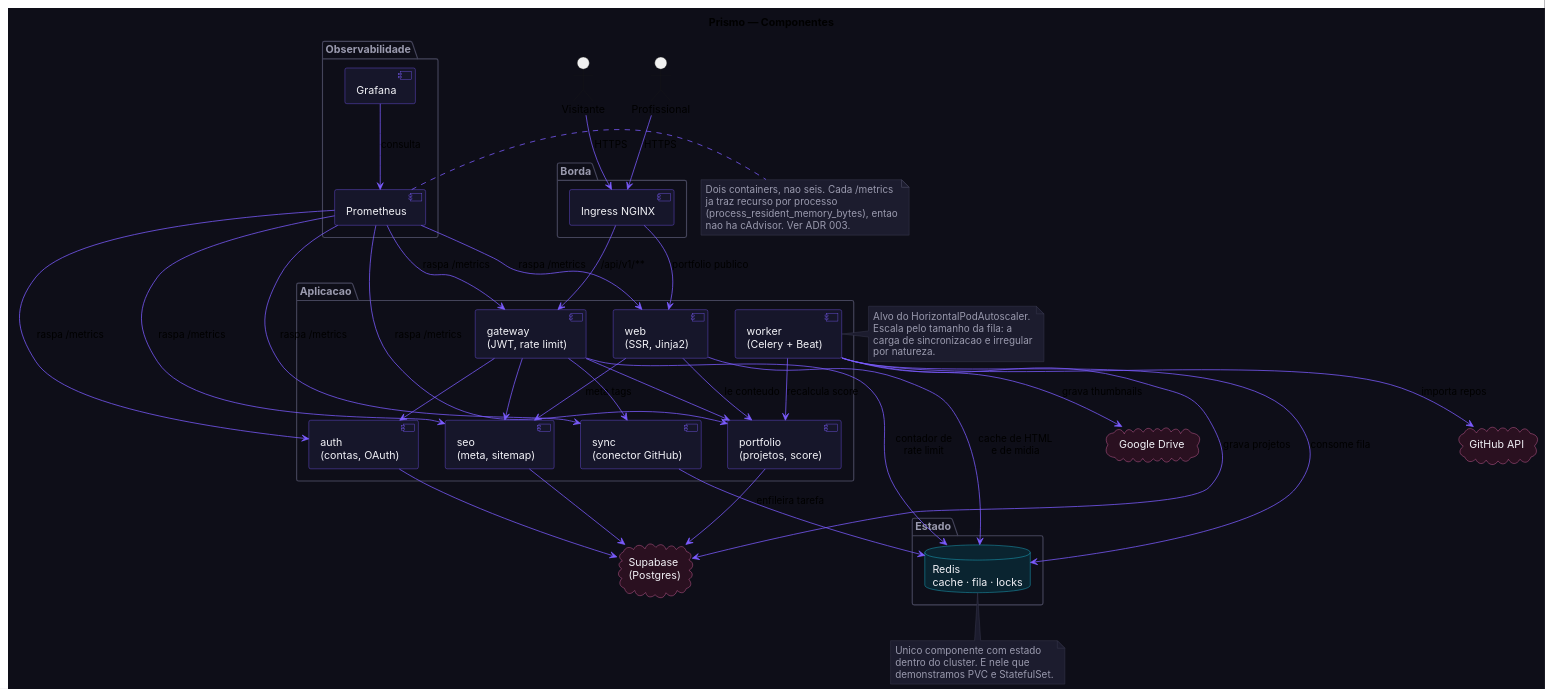
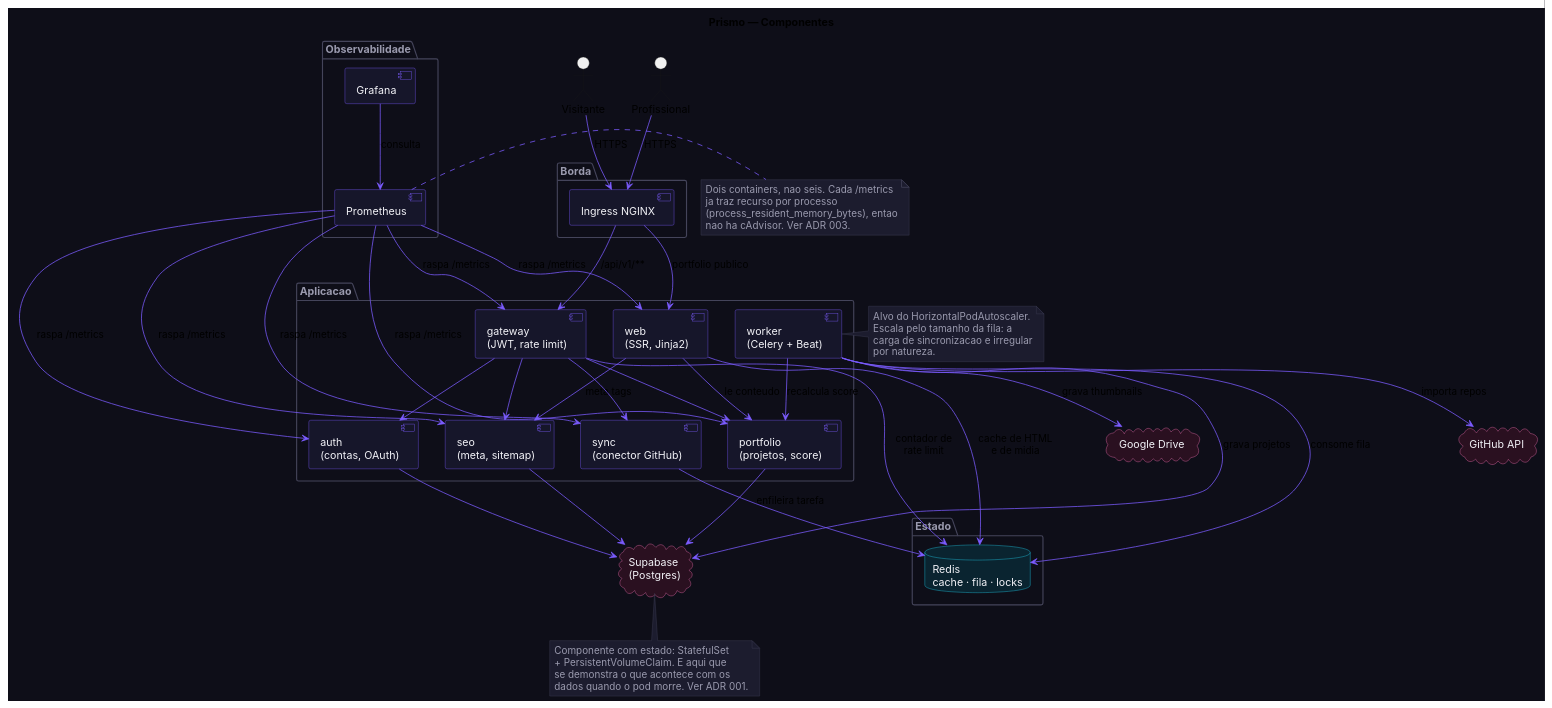
Before and after one commit to YuriMacedoBolis/Prismo-Trabalho-DevOps: the diagram in docs/uml/componentes.puml, drawn with PlantUML. The commit also changed 11 other files, not shown here.

First line of the commit message:
refactor!: Postgres no cluster no lugar do Supabase

```diff
--- a/docs/uml/componentes.puml
+++ b/docs/uml/componentes.puml
@@ -1,120 +1,121 @@
 @startuml componentes
 ' =============================================================================
 '  Prismo — Diagrama de componentes (UML)
 '
 '  Renderizar:
 '    - VS Code: extensao "PlantUML" (Alt+D para pre-visualizar)
 '    - CLI: plantuml docs/uml/componentes.puml
 '    - Online: plantuml.com/plantuml
 '
 '  Diagrama em texto e diagrama que versiona no Git: o histórico mostra como a
 '  arquitetura evoluiu, o que uma imagem exportada nao permite.
 ' =============================================================================
 
 skinparam backgroundColor #0E0E18
 skinparam defaultFontName Inter
 skinparam shadowing false
 skinparam ArrowColor #7C5CFF
 skinparam componentBorderColor #7C5CFF
 skinparam componentBackgroundColor #16162A
 skinparam componentFontColor #F2F2F7
 skinparam databaseBorderColor #22D3EE
 skinparam databaseBackgroundColor #0A2430
 skinparam databaseFontColor #F2F2F7
 skinparam cloudBorderColor #F472B6
 skinparam cloudBackgroundColor #2A1020
 skinparam cloudFontColor #F2F2F7
 skinparam packageBorderColor #44445A
 skinparam packageFontColor #9A9AAE
 skinparam noteBackgroundColor #1C1C2E
 skinparam noteBorderColor #44445A
 skinparam noteFontColor #9A9AAE
 
 title Prismo — Componentes
 
 actor "Visitante" as visitante
 actor "Profissional" as dono
 
 package "Borda" {
   component "Ingress NGINX" as ingress
 }
 
 package "Aplicacao" {
   component "web\n(SSR, Jinja2)" as web
   component "gateway\n(JWT, rate limit)" as gateway
   component "auth\n(contas, OAuth)" as auth
   component "portfolio\n(projetos, score)" as portfolio
   component "sync\n(conector GitHub)" as sync
   component "worker\n(Celery + Beat)" as worker
   component "seo\n(meta, sitemap)" as seo
 }
 
 package "Estado" {
   database "Redis\ncache · fila · locks" as redis
 }
 
-cloud "Supabase\n(Postgres)" as supabase
+cloud "Supabase\n(Postgres)" as postgres
 cloud "GitHub API" as github
 cloud "Google Drive" as drive
 
 package "Observabilidade" {
   component "Prometheus" as prometheus
   component "Grafana" as grafana
 }
 
 visitante --> ingress : HTTPS
 dono --> ingress : HTTPS
 
 ingress --> web : portfolio publico
 ingress --> gateway : /api/v1/**
 
 web --> redis : cache de HTML\ne de midia
 web --> portfolio : le conteudo
 web --> seo : meta tags
 
 gateway --> redis : contador de\nrate limit
 gateway --> auth
 gateway --> portfolio
 gateway --> sync
 gateway --> seo
 
-auth --> supabase
-portfolio --> supabase
-seo --> supabase
+auth --> postgres
+portfolio --> postgres
+seo --> postgres
 
 sync --> redis : enfileira tarefa
 worker --> redis : consome fila
 worker --> github : importa repos
 worker --> drive : grava thumbnails
-worker --> supabase : grava projetos
+worker --> postgres : grava projetos
 worker --> portfolio : recalcula score
 
 prometheus --> gateway : raspa /metrics
 prometheus --> web : raspa /metrics
 prometheus --> auth : raspa /metrics
 prometheus --> portfolio : raspa /metrics
 prometheus --> sync : raspa /metrics
 prometheus --> seo : raspa /metrics
 grafana --> prometheus : consulta
 
 note right of prometheus
   Dois containers, nao seis. Cada /metrics
   ja traz recurso por processo
   (process_resident_memory_bytes), entao
   nao ha cAdvisor. Ver ADR 003.
 end note
 
 note right of worker
   Alvo do HorizontalPodAutoscaler.
   Escala pelo tamanho da fila: a
   carga de sincronizacao e irregular
   por natureza.
 end note
 
-note bottom of redis
-  Unico componente com estado
-  dentro do cluster. E nele que
-  demonstramos PVC e StatefulSet.
+note bottom of postgres
+  Componente com estado: StatefulSet
+  + PersistentVolumeClaim. E aqui que
+  se demonstra o que acontece com os
+  dados quando o pod morre. Ver ADR 001.
 end note
 
 @enduml
```
